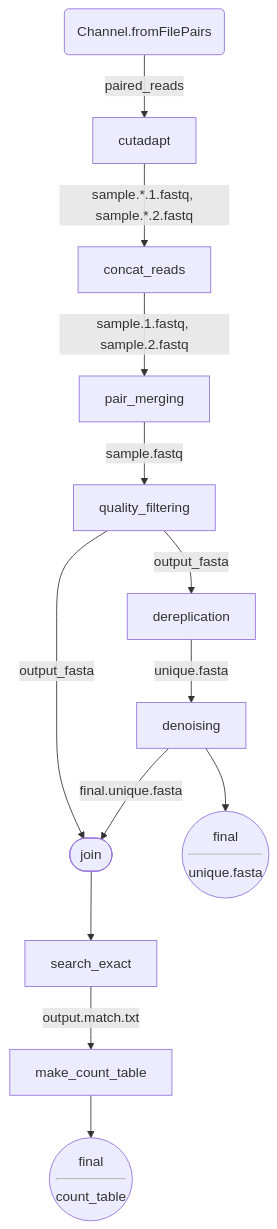
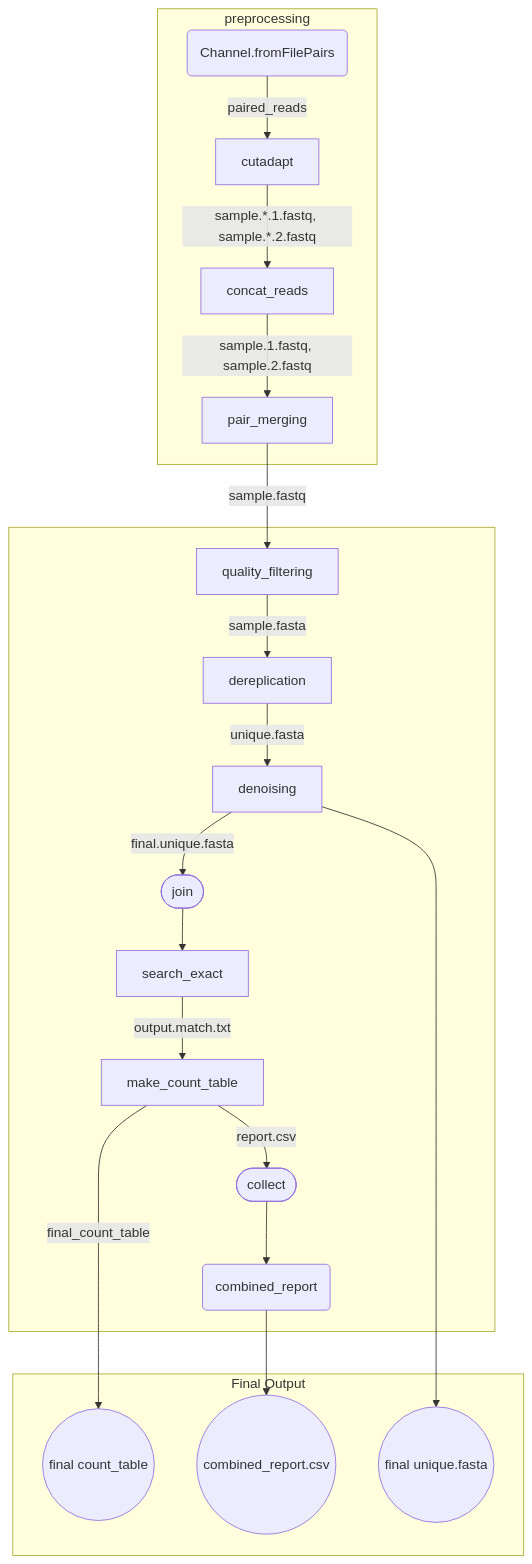
Before and after one commit to ncezid-biome/HMAS-QC-Pipeline2: the diagram in README.md, drawn with Mermaid. The commit also changed other lines of this file, not shown here.

Commit message:
update the flowchart

````diff
--- a/README.md
+++ b/README.md
@@ -79,27 +79,58 @@
 ```mermaid
-flowchart TD
+graph TD
     p0(Channel.fromFilePairs)
     p10[cutadapt]
     p11[concat_reads]
     p12[pair_merging]
     p13[quality_filtering]
     p14[dereplication]
     p15[denoising]
     p16([join])
     p17[search_exact]
     p18[make_count_table]
-    p19((final<hr>count_table ))
-    p20((final<hr>unique.fasta))
+    p19((final count_table))
+    p20((final unique.fasta))
+    p21(combined_report)
+    p22([collect])
+    p23((combined_report.csv))
+
     p0 -->|paired_reads| p10
     p10 --> |sample.*.1.fastq, sample.*.2.fastq| p11
-    p11 --> |sample.1.fastq, sample.2.fastq|p12
+    p11 --> |sample.1.fastq, sample.2.fastq| p12
     p12 --> |sample.fastq| p13
-    p13 --> |output_fasta| p14
-    p14 --> |unique.fasta|p15
-    p15 --> |final.unique.fasta|p16
-    p13 --> |output_fasta| p16
+    p13 --> |sample.fasta| p14
+    p14 --> |unique.fasta| p15
+    p15 --> |final.unique.fasta| p16
     p16 --> p17
     p17 --> |output.match.txt| p18
-    p18 --> p19
+    p18 --> |final_count_table| p19
+    p18 --> |report.csv| p22 --> p21 --> p23
     p15 --> p20
+
+    %% Change the positioning
+    %% Group the final output nodes
+    subgraph Final Output 
+        p19
+        p20
+        p23
+    end
+    %% Group the preprocessing nodes
+    subgraph    preprocessing
+        p0
+        p10
+        p11
+        p12
+    end
+    %% Group the processing nodes
+    subgraph          
+        p13
+        p14
+        p15
+        p16
+        p17
+        p18
+        p21
+        p22
+    end
+
 ```  
````
